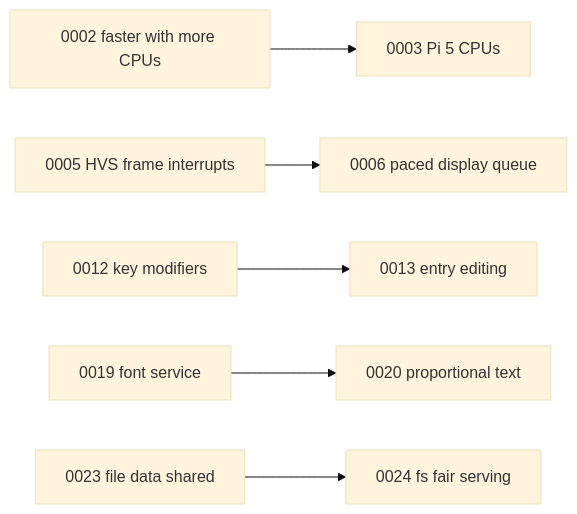
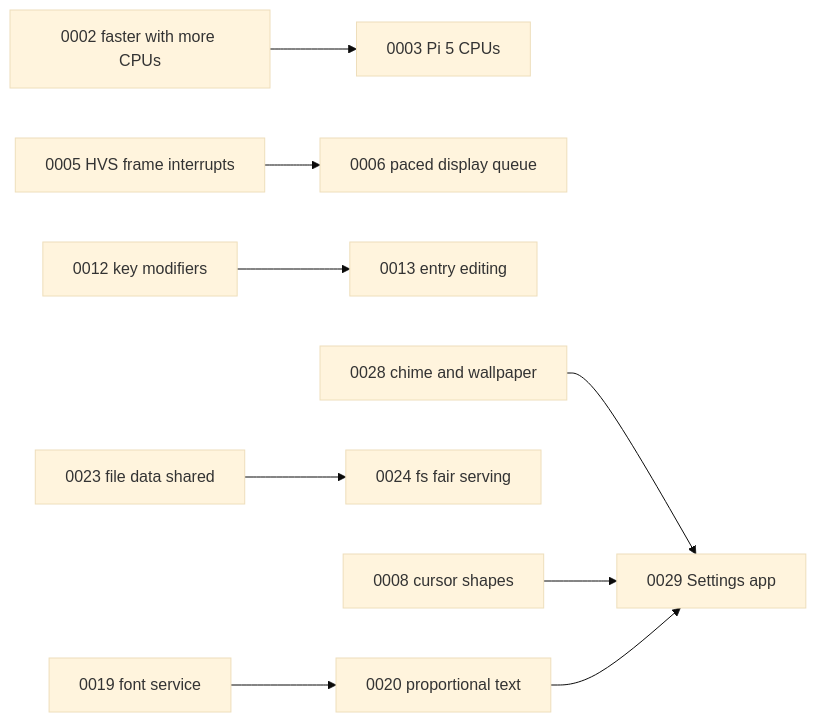
One commit to misleb/L0S changed the diagram in roadmap/INDEX.md. Above: the diagram before and after it, drawn with Mermaid (base theme). The commit also changed other lines of this file and 1 other file, not shown here.

Commit message:
Roadmap 0029: Settings, an app for the system's configuration

````diff
--- a/roadmap/INDEX.md
+++ b/roadmap/INDEX.md
@@ -66,8 +67,11 @@
 ```mermaid
 graph LR
   0002[0002 faster with more CPUs] --> 0003[0003 Pi 5 CPUs]
   0005[0005 HVS frame interrupts] --> 0006[0006 paced display queue]
   0012[0012 key modifiers] --> 0013[0013 entry editing]
   0019[0019 font service] --> 0020[0020 proportional text]
   0023[0023 file data shared] --> 0024[0024 fs fair serving]
+  0028[0028 chime and wallpaper] --> 0029[0029 Settings app]
+  0008[0008 cursor shapes] --> 0029
+  0020 --> 0029
 ```
````
